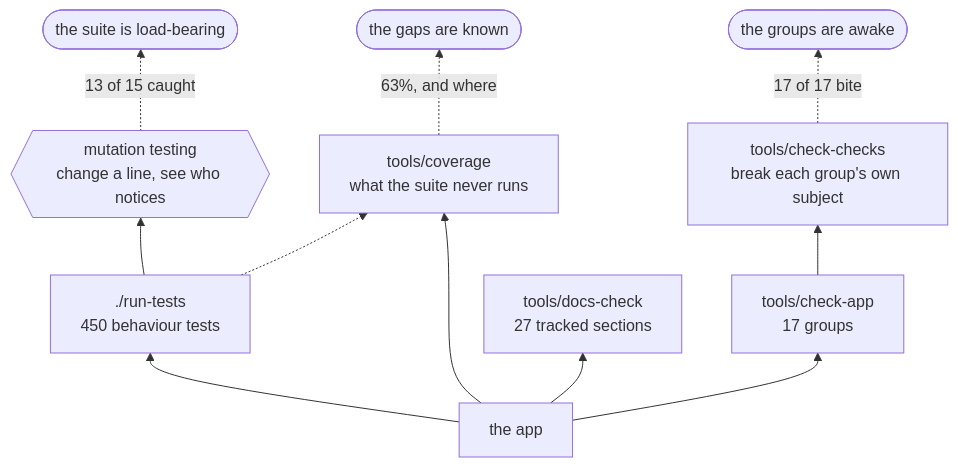
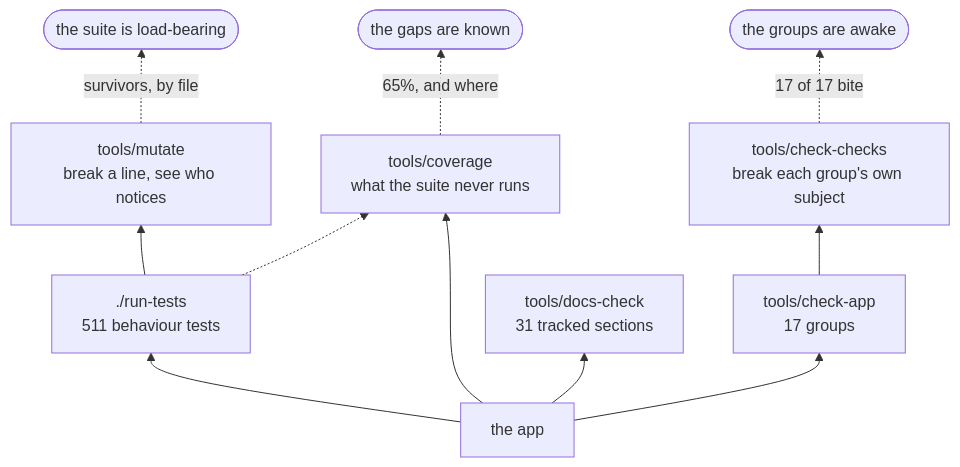
One commit to minormending/crystal-pilot-mobile changed the second of 2 diagrams in docs/DEVELOPING.md. Above: the diagram before and after it, drawn with Mermaid. The commit also changed other lines of this file, not shown here.

First line of the commit message:
Document both tools, and what each one caught

````diff
--- a/docs/DEVELOPING.md
+++ b/docs/DEVELOPING.md
@@ -118,13 +118,13 @@
 ```mermaid
 flowchart BT
-    C["the app"] --> T["./run-tests<br/>450 behaviour tests"]
+    C["the app"] --> T["./run-tests<br/>511 behaviour tests"]
     C --> A["tools/check-app<br/>17 groups"]
-    C --> D["tools/docs-check<br/>27 tracked sections"]
+    C --> D["tools/docs-check<br/>31 tracked sections"]
     C --> V["tools/coverage<br/>what the suite never runs"]
-    T --> M{{"mutation testing<br/>change a line, see who notices"}}
+    T --> M["tools/mutate<br/>break a line, see who notices"]
     A --> K["tools/check-checks<br/>break each group's own subject"]
     T -.-> V
-    M -.->|"13 of 15 caught"| R(["the suite is load-bearing"])
+    M -.->|"survivors, by file"| R(["the suite is load-bearing"])
     K -.->|"17 of 17 bite"| R2(["the groups are awake"])
-    V -.->|"63%, and where"| R3(["the gaps are known"])
+    V -.->|"65%, and where"| R3(["the gaps are known"])
 ```
````
